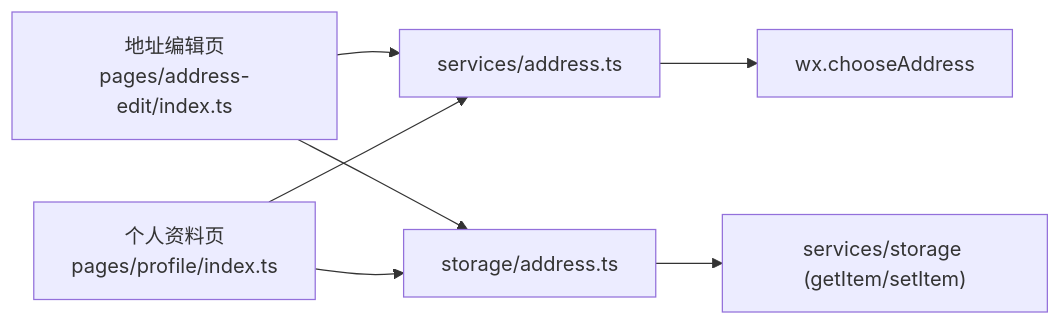
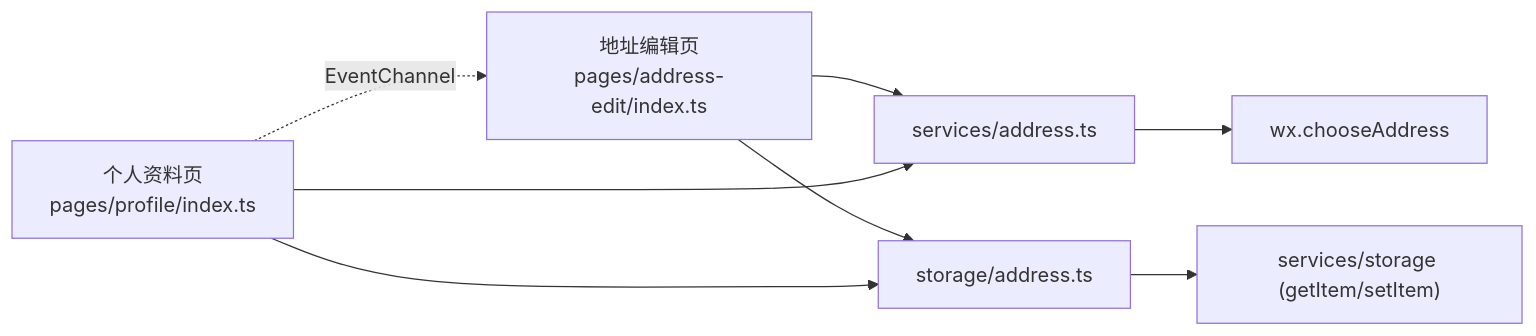
One commit to Ichi-Hackton/WAIC-WeChat-MiniProgram changed the seventh of 7 diagrams in .qoder/repowiki/zh/content/用户界面/地址管理系统.md. Above: the diagram before and after it, drawn with Mermaid. The commit also changed other lines of this file and 28 other files, not shown here.

````diff
--- a/.qoder/repowiki/zh/content/用户界面/地址管理系统.md
+++ b/.qoder/repowiki/zh/content/用户界面/地址管理系统.md
@@ -336,9 +358,10 @@
 ```mermaid
 graph LR
 AE["地址编辑页<br/>pages/address-edit/index.ts"] --> SA["services/address.ts"]
 AE --> SD["storage/address.ts"]
 PF["个人资料页<br/>pages/profile/index.ts"] --> SA
 PF --> SD
 SA --> WX["wx.chooseAddress"]
 SD --> ST["services/storage (getItem/setItem)"]
+PF -.->|EventChannel| AE
 ```
````
